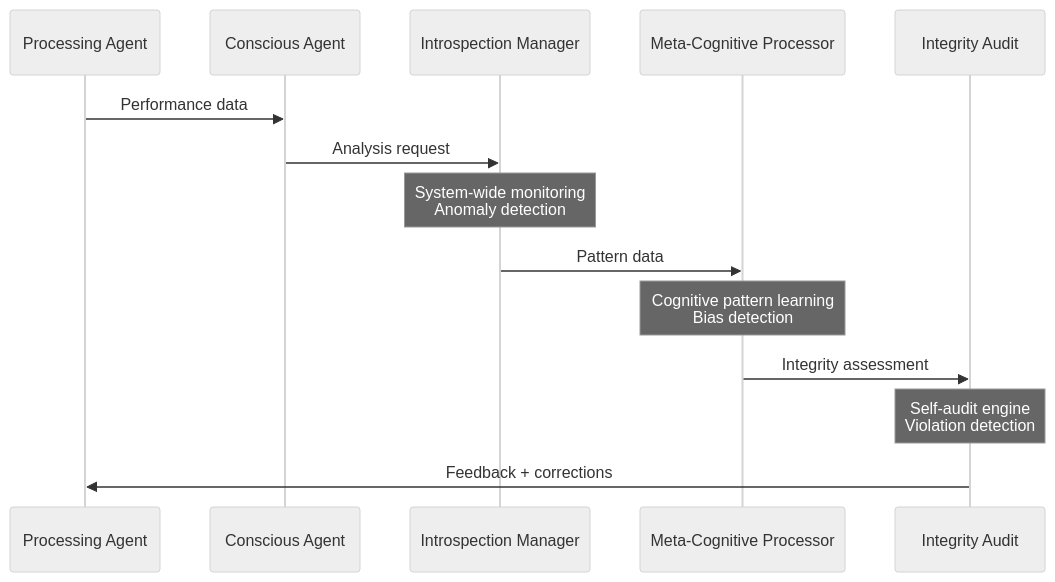
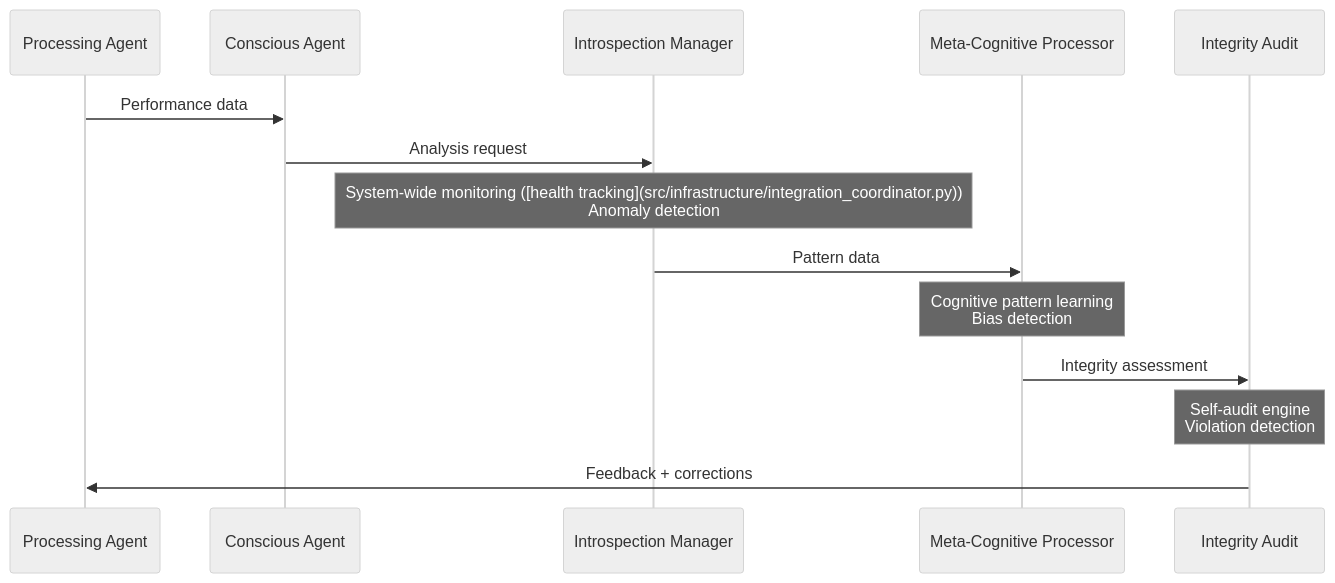
One commit to Organica-Ai-Solutions/NIS_Protocol changed the second of 3 diagrams in COMPREHENSIVE_CODE_DATAFLOW_REVIEW.md. Above: the diagram before and after it, drawn with Mermaid (neutral theme). The commit also changed other lines of this file and 30 other files, not shown here.

First line of the commit message:
🎯 COMPLETE: System-Wide Integrity Improvements - 30% Issue Reduction

````diff
--- a/COMPREHENSIVE_CODE_DATAFLOW_REVIEW.md
+++ b/COMPREHENSIVE_CODE_DATAFLOW_REVIEW.md
@@ -112,17 +112,17 @@
 ```mermaid
 sequenceDiagram
     participant Agent as Processing Agent
     participant Conscious as Conscious Agent
     participant Introspection as Introspection Manager
     participant Meta as Meta-Cognitive Processor
     participant Audit as Integrity Audit
     
     Agent->>Conscious: Performance data
     Conscious->>Introspection: Analysis request
-    Note over Introspection: System-wide monitoring<br/>Anomaly detection
+    Note over Introspection: System-wide monitoring ([health tracking](src/infrastructure/integration_coordinator.py))<br/>Anomaly detection
     Introspection->>Meta: Pattern data
     Note over Meta: Cognitive pattern learning<br/>Bias detection
     Meta->>Audit: Integrity assessment
     Note over Audit: Self-audit engine<br/>Violation detection
     Audit->>Agent: Feedback + corrections
 ```
````
